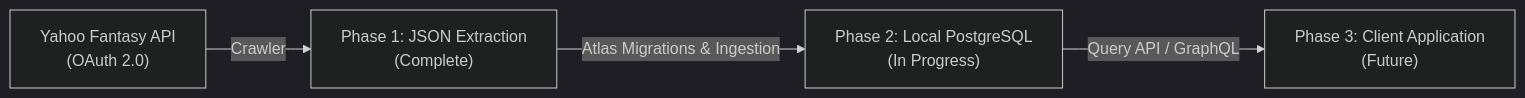
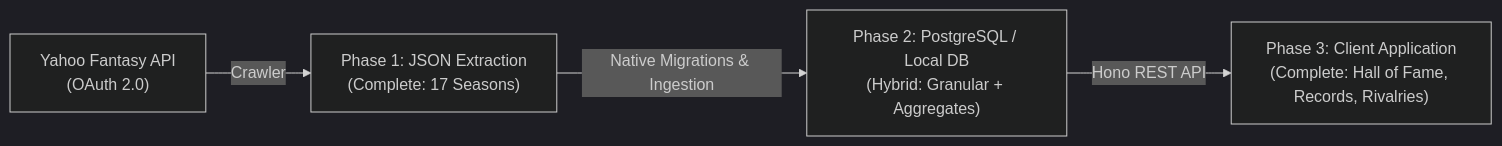
The diagram in PLAN.md (teschendsn11/Silver-C), drawn with Mermaid (dark theme) before and after one commit. The commit also changed other lines of this file and 12 other files, not shown here.

````diff
--- a/PLAN.md
+++ b/PLAN.md
@@ -10,6 +10,6 @@
 ```mermaid
 flowchart LR
-    Yahoo["Yahoo Fantasy API<br/>(OAuth 2.0)"] -->|Crawler| Extraction["Phase 1: JSON Extraction<br/>(Complete)"]
-    Extraction -->|Atlas Migrations & Ingestion| Storage["Phase 2: Local PostgreSQL<br/>(In Progress)"]
-    Storage -->|Query API / GraphQL| Client["Phase 3: Client Application<br/>(Future)"]
+    Yahoo["Yahoo Fantasy API<br/>(OAuth 2.0)"] -->|Crawler| Extraction["Phase 1: JSON Extraction<br/>(Complete: 17 Seasons)"]
+    Extraction -->|Native Migrations & Ingestion| Storage["Phase 2: PostgreSQL / Local DB<br/>(Hybrid: Granular + Aggregates)"]
+    Storage -->|Hono REST API| Client["Phase 3: Client Application<br/>(Complete: Hall of Fame, Records, Rivalries)"]
 ```
````
